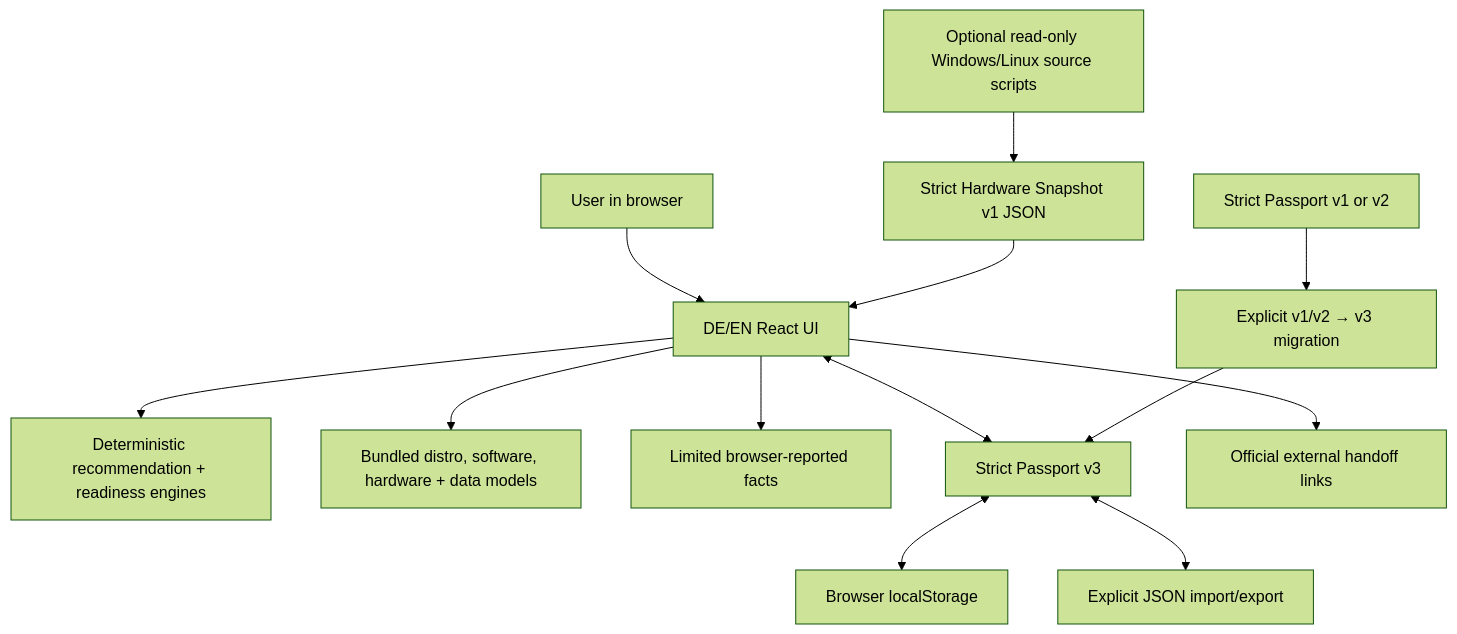
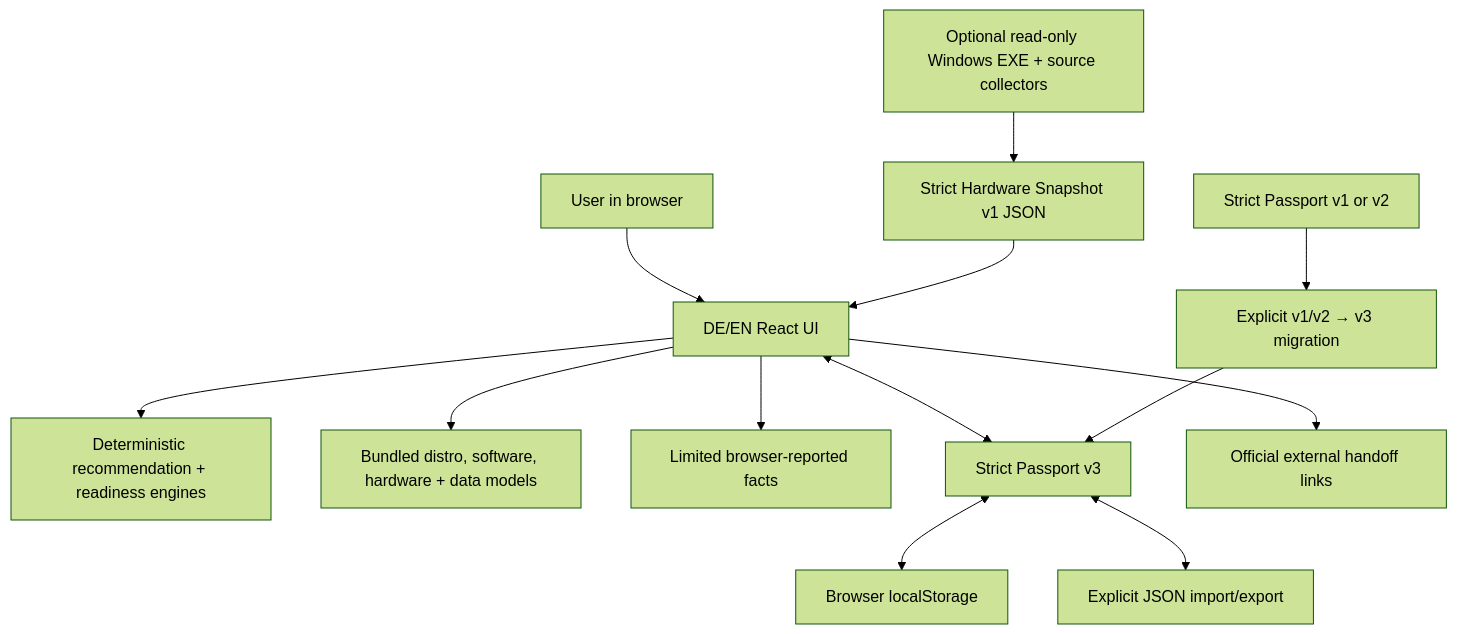
One commit to dennishilk/linux-migration-companion changed the diagram in docs/ARCHITECTURE.md. Above: the diagram before and after it, drawn with Mermaid (forest theme). The commit also changed other lines of this file and 50 other files, not shown here.

````diff
--- a/docs/ARCHITECTURE.md
+++ b/docs/ARCHITECTURE.md
@@ -9,14 +9,14 @@
 ```mermaid
 flowchart TD
     User["User in browser"] --> UI["DE/EN React UI"]
     UI --> Engine["Deterministic recommendation + readiness engines"]
     UI --> Catalog["Bundled distro, software, hardware + data models"]
     UI --> BrowserSnapshot["Limited browser-reported facts"]
-    Collectors["Optional read-only Windows/Linux source scripts"] --> SnapshotFile["Strict Hardware Snapshot v1 JSON"]
+    Collectors["Optional read-only Windows EXE + source collectors"] --> SnapshotFile["Strict Hardware Snapshot v1 JSON"]
     SnapshotFile --> UI
     UI <--> Passport["Strict Passport v3"]
     Passport <--> Local["Browser localStorage"]
     Passport <--> File["Explicit JSON import/export"]
     Legacy["Strict Passport v1 or v2"] --> Migrator["Explicit v1/v2 → v3 migration"] --> Passport
     UI --> Links["Official external handoff links"]
 ```
````
